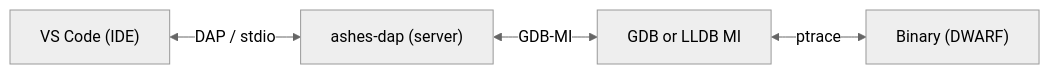
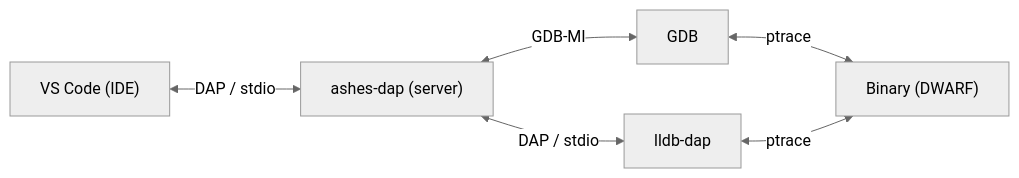
The diagram in docs/md/guide/debugging.md (MattiasHognas/Ashes), drawn with Mermaid (neutral theme) before and after one commit. The commit also changed other lines of this file and 9 other files, not shown here.

````diff
--- a/docs/md/guide/debugging.md
+++ b/docs/md/guide/debugging.md
@@ -534,6 +541,8 @@
 ```mermaid
 flowchart LR
     vscode["VS Code (IDE)"] <-->|"DAP / stdio"| dap["ashes-dap (server)"]
-    dap <-->|"GDB-MI"| dbg["GDB or LLDB MI"]
-    dbg <-->|"ptrace"| bin["Binary (DWARF)"]
+    dap <-->|"GDB-MI"| gdb["GDB"]
+    dap <-->|"DAP / stdio"| lldbdap["lldb-dap"]
+    gdb <-->|"ptrace"| bin["Binary (DWARF)"]
+    lldbdap <-->|"ptrace"| bin
 ```
````
